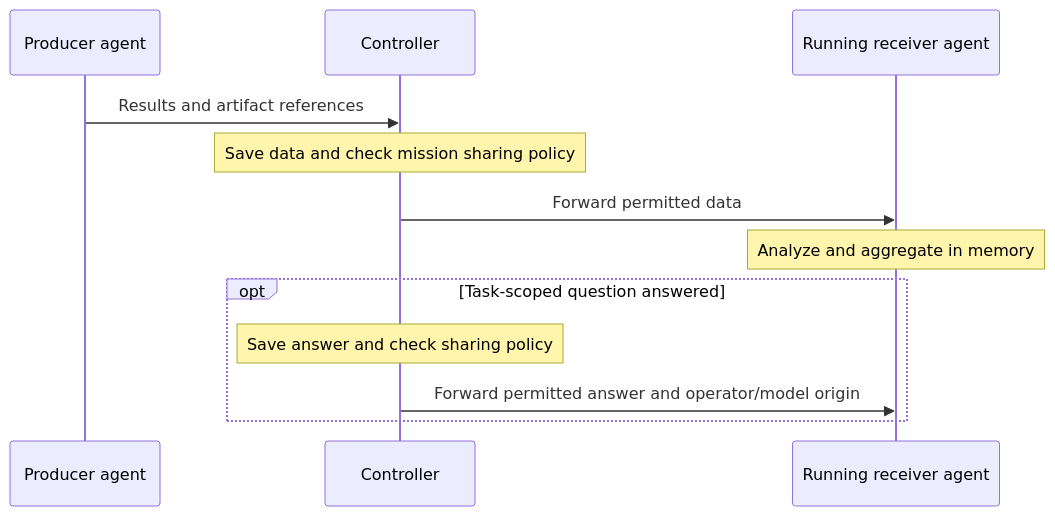
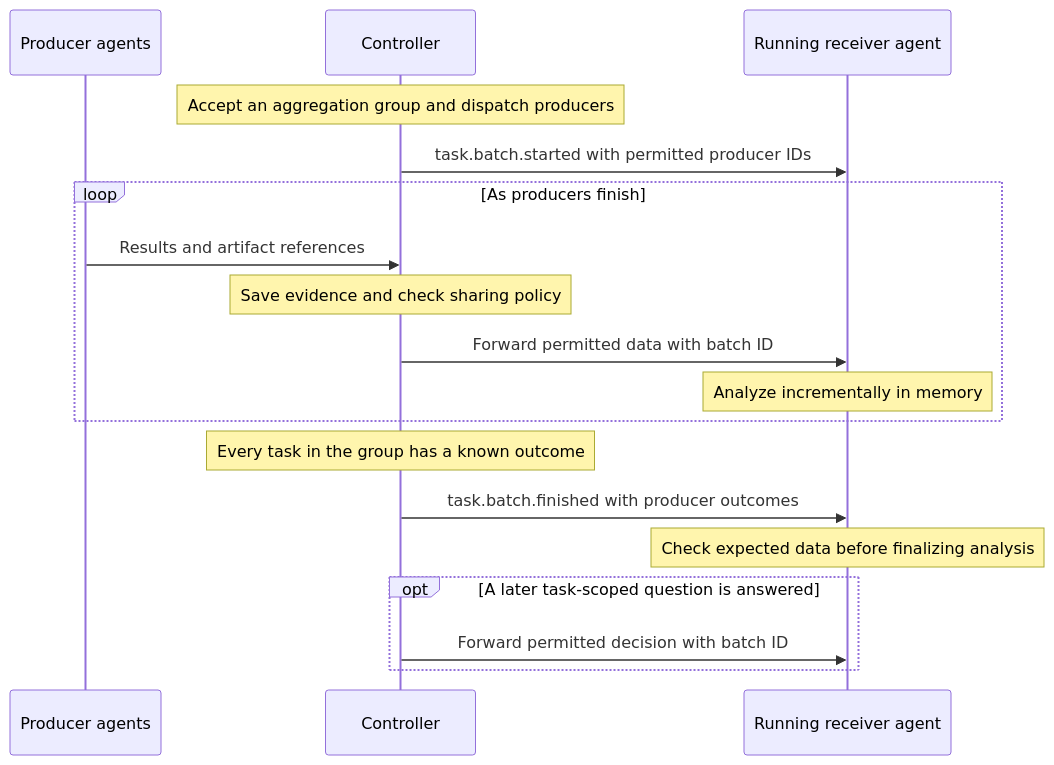
The diagram in docs/features/data-sharing.md (defos-ai/commander), drawn with Mermaid before and after one commit. The commit also changed other lines of this file and 19 other files, not shown here.

````diff
--- a/docs/features/data-sharing.md
+++ b/docs/features/data-sharing.md
@@ -7,15 +7,21 @@
 ```mermaid
 sequenceDiagram
-    participant Producer as Producer agent
+    participant Producer as Producer agents
     participant Controller
     participant Receiver as Running receiver agent
 
-    Producer->>Controller: Results and artifact references
-    Note over Controller: Save data and check mission sharing policy
-    Controller->>Receiver: Forward permitted data
-    Note over Receiver: Analyze and aggregate in memory
-    opt Task-scoped question answered
-        Note over Controller: Save answer and check sharing policy
-        Controller->>Receiver: Forward permitted answer and operator/model origin
+    Note over Controller: Accept an aggregation group and dispatch producers
+    Controller->>Receiver: task.batch.started with permitted producer IDs
+    loop As producers finish
+        Producer->>Controller: Results and artifact references
+        Note over Controller: Save evidence and check sharing policy
+        Controller->>Receiver: Forward permitted data with batch ID
+        Note over Receiver: Analyze incrementally in memory
+    end
+    Note over Controller: Every task in the group has a known outcome
+    Controller->>Receiver: task.batch.finished with producer outcomes
+    Note over Receiver: Check expected data before finalizing analysis
+    opt A later task-scoped question is answered
+        Controller->>Receiver: Forward permitted decision with batch ID
     end
 ```
````
